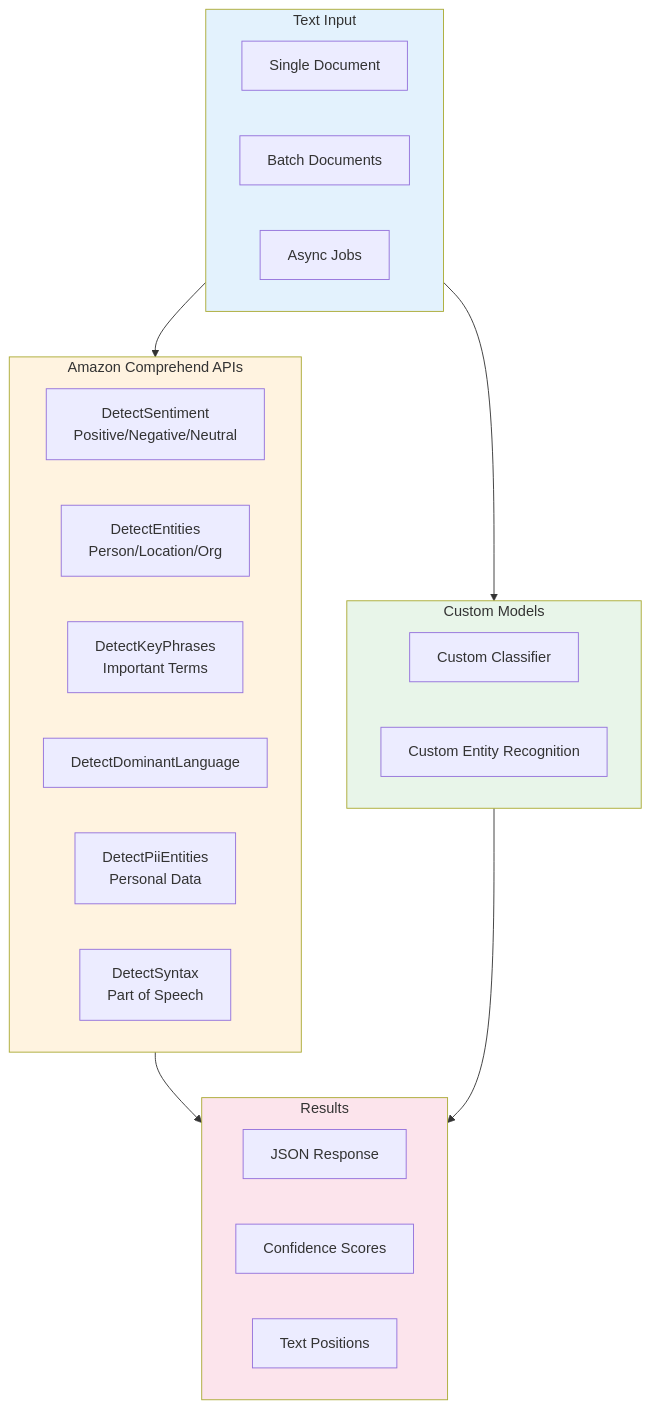
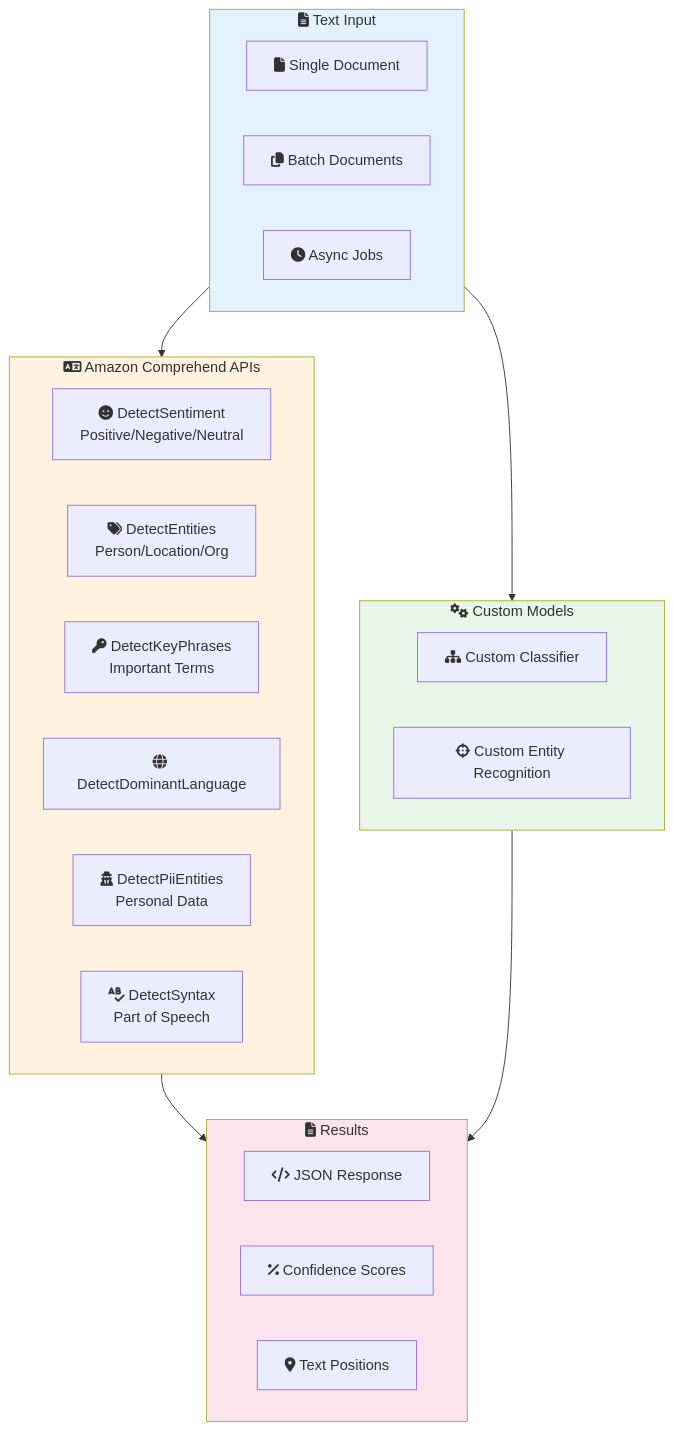
The first of 4 diagrams in aws-ml-associate-prep/11-comprehend-nlp/LAB.md (vinu76jsr/aws-sample-projects), drawn with Mermaid before and after one commit. The commit also changed other lines of this file and 15 other files, not shown here.

First line of the commit message:
Add Font Awesome icons to all Mermaid diagrams

````diff
--- a/aws-ml-associate-prep/11-comprehend-nlp/LAB.md
+++ b/aws-ml-associate-prep/11-comprehend-nlp/LAB.md
@@ -14,38 +14,38 @@
 ```mermaid
 flowchart TB
-    subgraph Input["Text Input"]
-        Single[Single Document]
-        Batch[Batch Documents]
-        Async[Async Jobs]
+    subgraph Input["fa:fa-file-alt Text Input"]
+        Single[fa:fa-file Single Document]
+        Batch[fa:fa-copy Batch Documents]
+        Async[fa:fa-clock Async Jobs]
     end
 
-    subgraph Comprehend["Amazon Comprehend APIs"]
-        Sentiment[DetectSentiment<br/>Positive/Negative/Neutral]
-        Entities[DetectEntities<br/>Person/Location/Org]
-        KeyPhrases[DetectKeyPhrases<br/>Important Terms]
-        Language[DetectDominantLanguage]
-        PII[DetectPiiEntities<br/>Personal Data]
-        Syntax[DetectSyntax<br/>Part of Speech]
+    subgraph Comprehend["fa:fa-language Amazon Comprehend APIs"]
+        Sentiment[fa:fa-smile DetectSentiment<br/>Positive/Negative/Neutral]
+        Entities[fa:fa-tags DetectEntities<br/>Person/Location/Org]
+        KeyPhrases[fa:fa-key DetectKeyPhrases<br/>Important Terms]
+        Language[fa:fa-globe DetectDominantLanguage]
+        PII[fa:fa-user-secret DetectPiiEntities<br/>Personal Data]
+        Syntax[fa:fa-spell-check DetectSyntax<br/>Part of Speech]
     end
 
-    subgraph Custom["Custom Models"]
-        Classifier[Custom Classifier]
-        EntityRec[Custom Entity Recognition]
+    subgraph Custom["fa:fa-cogs Custom Models"]
+        Classifier[fa:fa-sitemap Custom Classifier]
+        EntityRec[fa:fa-crosshairs Custom Entity Recognition]
     end
 
-    subgraph Output["Results"]
-        JSON[JSON Response]
-        Scores[Confidence Scores]
-        Positions[Text Positions]
+    subgraph Output["fa:fa-file-alt Results"]
+        JSON[fa:fa-code JSON Response]
+        Scores[fa:fa-percentage Confidence Scores]
+        Positions[fa:fa-map-marker-alt Text Positions]
     end
 
     Input --> Comprehend
     Input --> Custom
     Comprehend --> Output
     Custom --> Output
 
     style Input fill:#e3f2fd
     style Comprehend fill:#fff3e0
     style Custom fill:#e8f5e9
     style Output fill:#fce4ec
 ```
````
